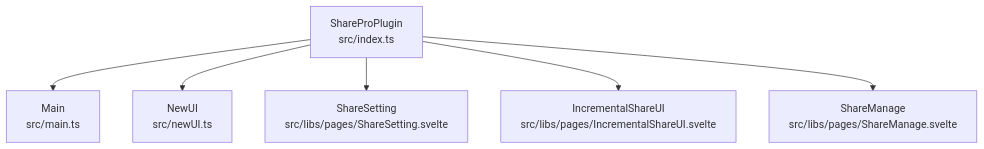
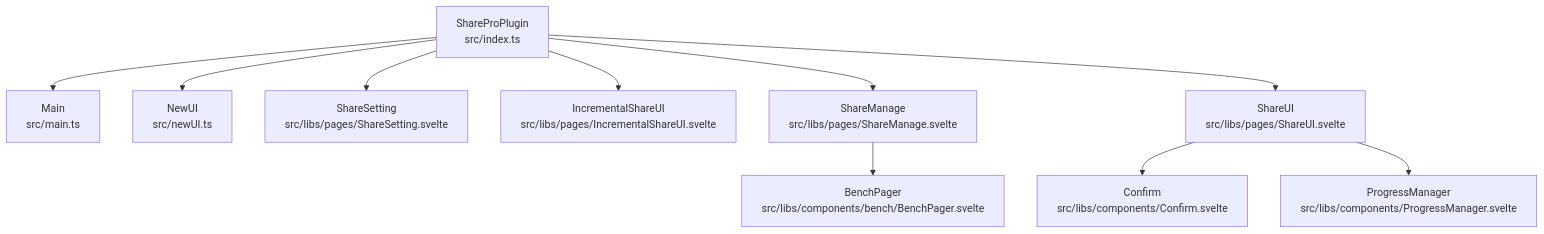
The second of 7 diagrams in .qoder/repowiki/zh/content/UI组件系统/页面组件.md (terwerinc/siyuan-plugin-share-pro), drawn with Mermaid before and after one commit. The commit also changed other lines of this file and 10 other files, not shown here.

````diff
--- a/.qoder/repowiki/zh/content/UI组件系统/页面组件.md
+++ b/.qoder/repowiki/zh/content/UI组件系统/页面组件.md
@@ -111,14 +127,22 @@
 ```mermaid
 graph TB
 PI["ShareProPlugin<br/>src/index.ts"]
 MAIN["Main<br/>src/main.ts"]
 NEWUI["NewUI<br/>src/newUI.ts"]
 SS["ShareSetting<br/>src/libs/pages/ShareSetting.svelte"]
 ISUI["IncrementalShareUI<br/>src/libs/pages/IncrementalShareUI.svelte"]
 SM["ShareManage<br/>src/libs/pages/ShareManage.svelte"]
+SU["ShareUI<br/>src/libs/pages/ShareUI.svelte"]
+CONF["Confirm<br/>src/libs/components/Confirm.svelte"]
+PM["ProgressManager<br/>src/libs/components/ProgressManager.svelte"]
+BP["BenchPager<br/>src/libs/components/bench/BenchPager.svelte"]
 PI --> MAIN
 PI --> NEWUI
 PI --> SS
 PI --> ISUI
 PI --> SM
+PI --> SU
+SU --> CONF
+SU --> PM
+SM --> BP
 ```
````
